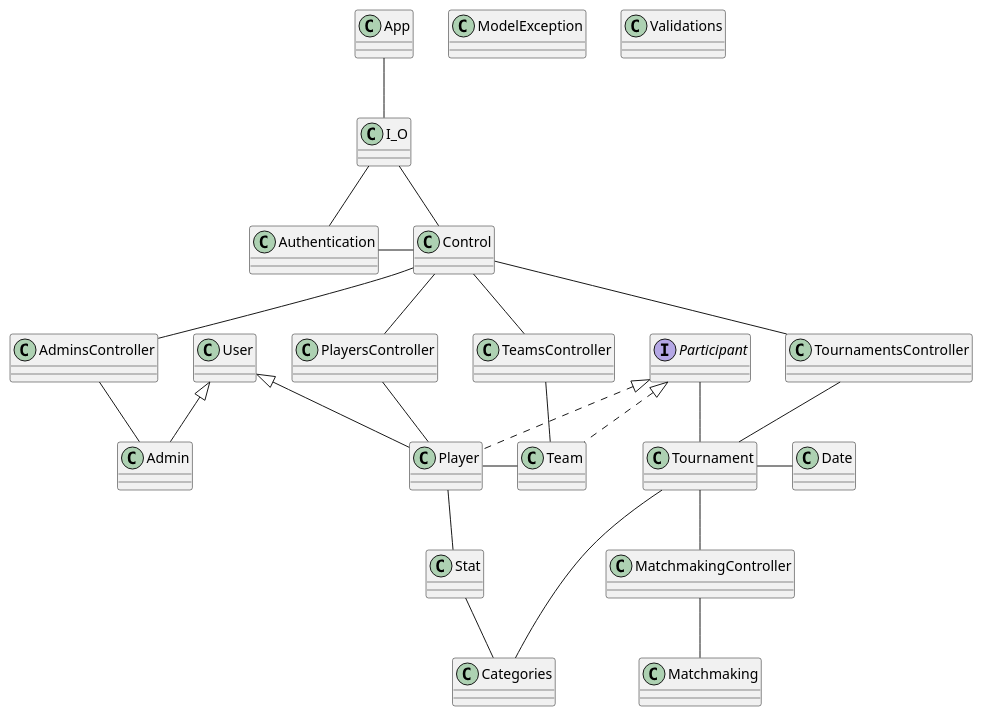
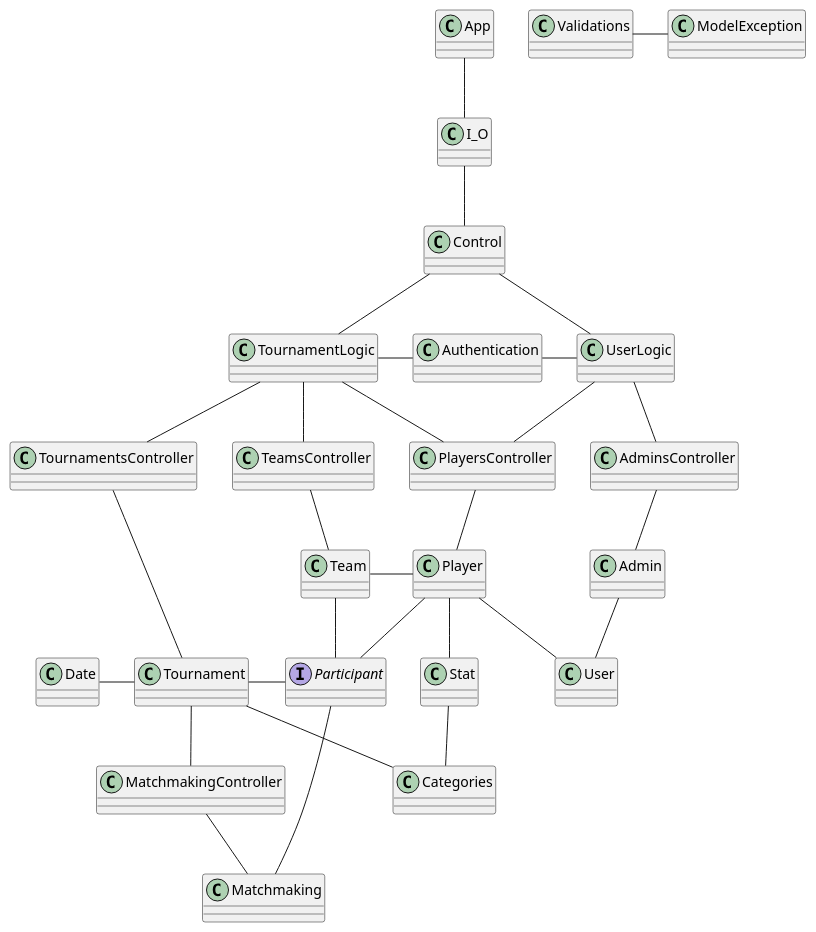
Before and after one commit to AlbertoArpa/POO2: the diagram in documents/uml.puml, drawn with PlantUML. The commit also changed 1 other file, not shown here.

```diff
--- a/documents/uml.puml
+++ b/documents/uml.puml
@@ -1,88 +1,103 @@
 @startuml
 
 App -- I_O
 I_O -- Control
-I_O -- Authentication
-Authentication- Control
-Control -- AdminsController
-Control -- PlayersController
-Control -- TeamsController
-Control -- TournamentsController
+Control -- UserLogic
+Authentication - UserLogic
+Control -- TournamentLogic
+TournamentLogic - Authentication
+UserLogic -- PlayersController
+UserLogic -- AdminsController
+TournamentLogic -- TournamentsController
+TournamentLogic -- TeamsController
+TournamentLogic -- PlayersController
 TournamentsController -- Tournament
 Tournament -- MatchmakingController
 MatchmakingController -- Matchmaking
 AdminsController -- Admin
 PlayersController -- Player
 Player -- Stat
 Stat -- Categories
 TeamsController -- Team
-Player - Team
-Participant - Tournament
-Tournament - Date
+Team - Player
+Tournament - Participant
+Date - Tournament
 Tournament -- Categories
+Team -- Participant
+Player -- Participant
+Player -- User
+Admin -- User
+Participant --- Matchmaking
+Validations - ModelException
 
 
 class App{
 }
 
 class User{
 }
 
-class Player extends User implements Participant{
+class Player{
 }
 
-class Admin extends User{
+class Admin{
 }
 
 class Categories{
 }
 
 class Stat{
 }
 
-class Team implements Participant{
+class Team{
 }
 
 class Matchmaking{
 }
 
 class Tournament{
 }
 
 class AdminsController{
 }
 
 class PlayersController{
 }
 
 class Authentication{
 }
 
 class TournamentsController{
 }
 
 class TeamsController{
 }
 
 interface Participant{
 }
 
 class ModelException{
 }
 
 class Control{
 }
 
 class Date{
 }
 
 class I_O{
 }
 
 class MatchmakingController{
 }
 
 class Validations{
 }
 
+class UserLogic{
+}
+
+class TournamentLogic{
+}
+
 @enduml
```
